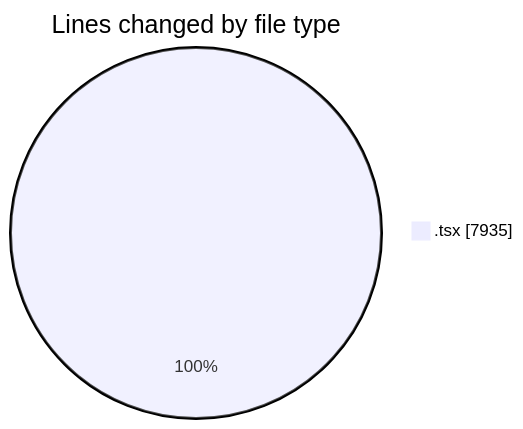
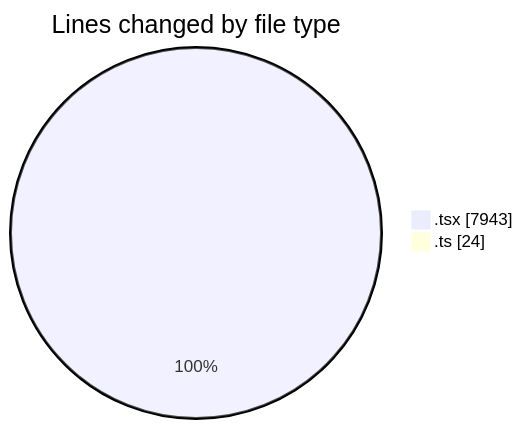
One commit to nxtqubesakshisongat/code-tracking changed the first of 2 diagrams in 2026-03-05/nxtqube_webapp/README.md. Above: the diagram before and after it, drawn with Mermaid. The commit also changed other lines of this file and 1 other file, not shown here.

````diff
--- a/2026-03-05/nxtqube_webapp/README.md
+++ b/2026-03-05/nxtqube_webapp/README.md
@@ -29,5 +30,6 @@
 ```mermaid
 pie showData
 title Lines changed by file type
-".tsx" : 7935
+".tsx" : 7943
+".ts" : 24
 ```
````
